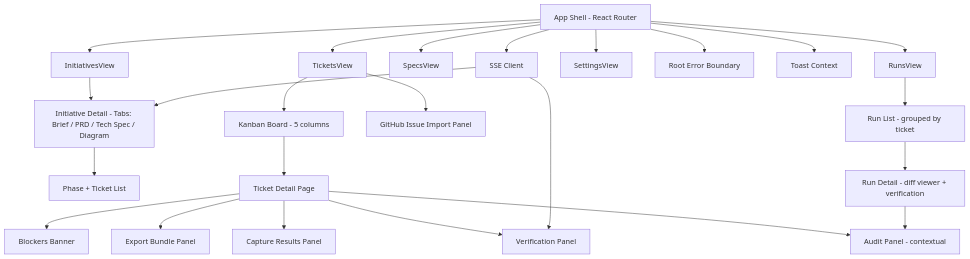
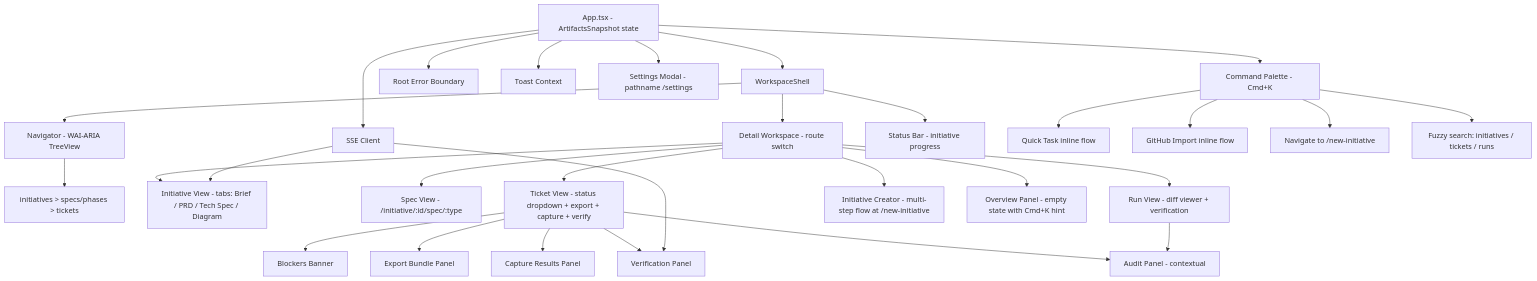
One commit to mtmitchel/SpecFlow changed the third of 5 diagrams in docs/architecture.md. Above: the diagram before and after it, drawn with Mermaid. The commit also changed other lines of this file and 5 other files, not shown here.

````diff
--- a/docs/architecture.md
+++ b/docs/architecture.md
@@ -359,30 +359,37 @@
 ```mermaid
 graph TD
-    AppShell[App Shell - React Router] --> InitiativesView
-    AppShell --> TicketsView
-    AppShell --> SpecsView
-    AppShell --> RunsView
-    AppShell --> SettingsView
-    AppShell --> ErrorBoundary[Root Error Boundary]
-    AppShell --> ToastContext[Toast Context]
-    AppShell --> SSEClient[SSE Client]
+    App[App.tsx - ArtifactsSnapshot state] --> WorkspaceShell
+    App --> ErrorBoundary[Root Error Boundary]
+    App --> ToastContext[Toast Context]
+    App --> SSEClient[SSE Client]
+    App --> SettingsModal[Settings Modal - pathname /settings]
+    App --> CommandPalette[Command Palette - Cmd+K]
 
-    InitiativesView --> InitiativeDetail[Initiative Detail - Tabs: Brief / PRD / Tech Spec / Diagram]
-    InitiativeDetail --> PhaseTicketList[Phase + Ticket List]
+    WorkspaceShell --> Navigator[Navigator - WAI-ARIA TreeView]
+    WorkspaceShell --> DetailWorkspace[Detail Workspace - route switch]
+    WorkspaceShell --> StatusBar[Status Bar - initiative progress]
 
-    TicketsView --> KanbanBoard[Kanban Board - 5 columns]
-    TicketsView --> ImportPanel[GitHub Issue Import Panel]
-    KanbanBoard --> TicketDetail[Ticket Detail Page]
-    TicketDetail --> BlockersBanner[Blockers Banner]
-    TicketDetail --> ExportPanel[Export Bundle Panel]
-    TicketDetail --> CapturePanel[Capture Results Panel]
-    TicketDetail --> VerificationPanel[Verification Panel]
-    TicketDetail --> AuditPanel[Audit Panel - contextual]
+    Navigator --> NavTree[initiatives > specs/phases > tickets]
 
-    RunsView --> RunList[Run List - grouped by ticket]
-    RunList --> RunDetail[Run Detail - diff viewer + verification]
-    RunDetail --> AuditPanel
+    CommandPalette --> QuickTask[Quick Task inline flow]
+    CommandPalette --> GitHubImport[GitHub Import inline flow]
+    CommandPalette --> NewInitiative[Navigate to /new-initiative]
+    CommandPalette --> FuzzySearch[Fuzzy search: initiatives / tickets / runs]
+
+    DetailWorkspace --> InitiativeView[Initiative View - tabs: Brief / PRD / Tech Spec / Diagram]
+    DetailWorkspace --> SpecView[Spec View - /initiative/:id/spec/:type]
+    DetailWorkspace --> TicketView[Ticket View - status dropdown + export + capture + verify]
+    DetailWorkspace --> RunView[Run View - diff viewer + verification]
+    DetailWorkspace --> InitiativeCreator[Initiative Creator - multi-step flow at /new-initiative]
+    DetailWorkspace --> OverviewPanel[Overview Panel - empty state with Cmd+K hint]
+
+    TicketView --> BlockersBanner[Blockers Banner]
+    TicketView --> ExportPanel[Export Bundle Panel]
+    TicketView --> CapturePanel[Capture Results Panel]
+    TicketView --> VerificationPanel[Verification Panel]
+    TicketView --> AuditPanel[Audit Panel - contextual]
+    RunView --> AuditPanel
 
     SSEClient --> VerificationPanel
-    SSEClient --> InitiativeDetail
+    SSEClient --> InitiativeView
 ```
````
